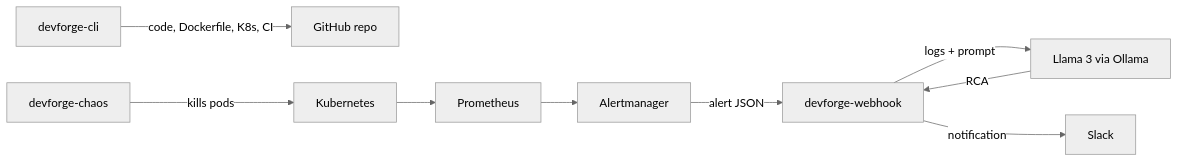
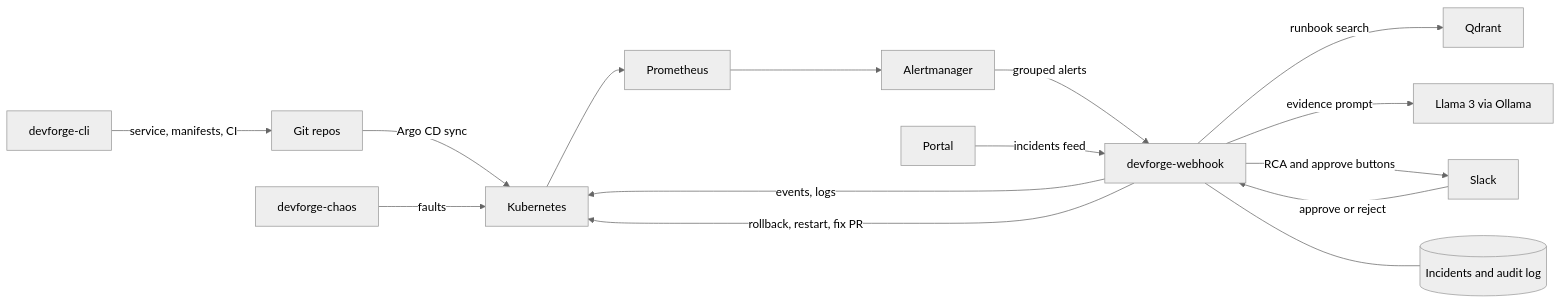
One commit to tilaknagunawardhane/Devforge-AI changed the diagram in README.md. Above: the diagram before and after it, drawn with Mermaid (neutral theme). The commit also changed other lines of this file and 34 other files, not shown here.

Commit message:
feat: add initial IDP services, CLI, chaos engine, and CI workflow

````diff
--- a/README.md
+++ b/README.md
@@ -8,11 +16,17 @@
 ```mermaid
 flowchart LR
-    CLI[devforge-cli] -->|code, Dockerfile, K8s, CI| GH[GitHub repo]
-    CHAOS[devforge-chaos] -->|kills pods| K8S[Kubernetes]
+    CLI[devforge-cli] -->|service, manifests, CI| GIT[Git repos]
+    GIT -->|Argo CD sync| K8S[Kubernetes]
+    CHAOS[devforge-chaos] -->|faults| K8S
     K8S --> PROM[Prometheus]
     PROM --> AM[Alertmanager]
-    AM -->|alert JSON| WH[devforge-webhook]
-    WH -->|logs + prompt| LLM[Llama 3 via Ollama]
-    LLM -->|RCA| WH
-    WH -->|notification| SLACK[Slack]
+    AM -->|grouped alerts| WH[devforge-webhook]
+    WH -->|events, logs| K8S
+    WH -->|runbook search| QD[Qdrant]
+    WH -->|evidence prompt| LLM[Llama 3 via Ollama]
+    WH -->|RCA and approve buttons| SLACK[Slack]
+    SLACK -->|approve or reject| WH
+    WH -->|rollback, restart, fix PR| K8S
+    WH --- DB[(Incidents and audit log)]
+    PORTAL[Portal] -->|incidents feed| WH
 ```
````
